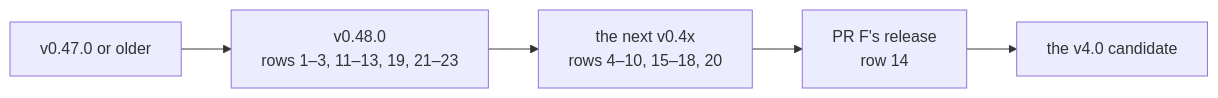
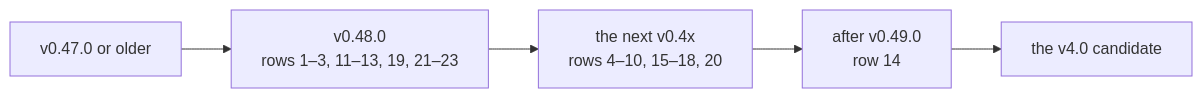
One commit to Smana/maku changed the diagram in docs/upgrading.md. Above: the diagram before and after it, drawn with Mermaid. The commit also changed other lines of this file and 58 other files, not shown here.

````diff
--- a/docs/upgrading.md
+++ b/docs/upgrading.md
@@ -158,7 +157,7 @@
 ```mermaid
 flowchart LR
   v047["v0.47.0 or older"] --> v048["v0.48.0<br/>rows 1–3, 11–13, 19, 21–23"]
   v048 --> s8["the next v0.4x<br/>rows 4–10, 15–18, 20"]
-  s8 --> f["PR F's release<br/>row 14"]
+  s8 --> f["after v0.49.0<br/>row 14"]
   f --> v4["the v4.0 candidate"]
 ```
````
